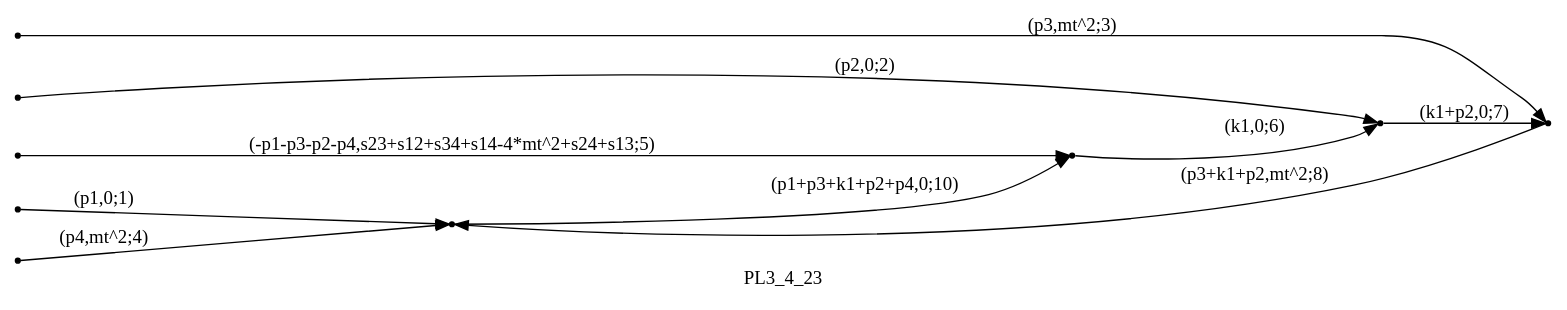
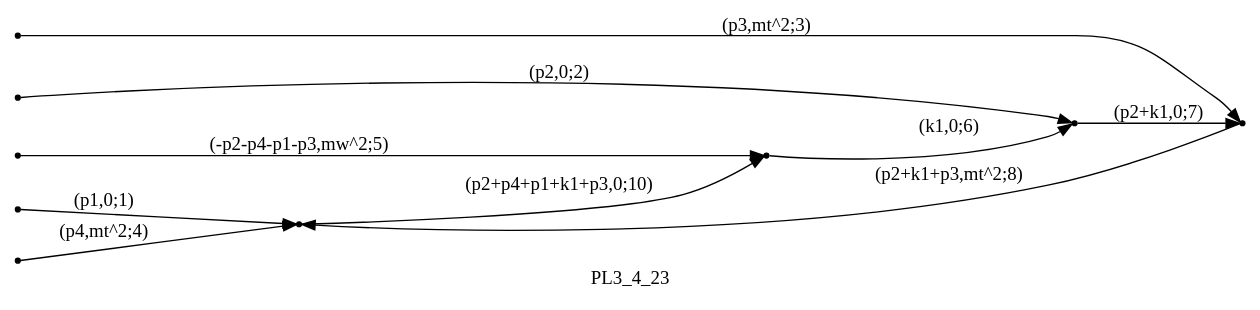
The diagram in 1loopAmplitude/Reduze/graphs/PL3/all/PL3_4_23.dot (UsHnBaGp/Wtt), drawn with Graphviz before and after one commit. The commit also changed 163 other files, not shown here.

```diff
--- a/1loopAmplitude/Reduze/graphs/PL3/all/PL3_4_23.dot
+++ b/1loopAmplitude/Reduze/graphs/PL3/all/PL3_4_23.dot
@@ -1,25 +1,25 @@
 digraph PL3_4_23 {
   label="PL3_4_23";
   rankdir="LR";
   subgraph edges {
     -1 -> 4 [label="(p1,0;1)"];
     -2 -> 1 [label="(p2,0;2)"];
     -3 -> 2 [label="(p3,mt^2;3)"];
     -4 -> 4 [label="(p4,mt^2;4)"];
-    -5 -> 3 [label="(-p1-p3-p2-p4,s23+s12+s34+s14-4*mt^2+s24+s13;5)"];
+    -5 -> 3 [label="(-p2-p4-p1-p3,mw^2;5)"];
     3 -> 1 [label="(k1,0;6)"];
-    1 -> 2 [label="(k1+p2,0;7)"];
-    2 -> 4 [label="(p3+k1+p2,mt^2;8)"];
-    4 -> 3 [label="(p1+p3+k1+p2+p4,0;10)"];
+    1 -> 2 [label="(p2+k1,0;7)"];
+    2 -> 4 [label="(p2+k1+p3,mt^2;8)"];
+    4 -> 3 [label="(p2+p4+p1+k1+p3,0;10)"];
   }
   subgraph incoming { rank="source"; -1; -2; -3; -4; -5; }
 -5 [shape=point];
 -4 [shape=point];
 -3 [shape=point];
 -2 [shape=point];
 -1 [shape=point];
 1 [shape=point];
 2 [shape=point];
 3 [shape=point];
 4 [shape=point];
 }
```
